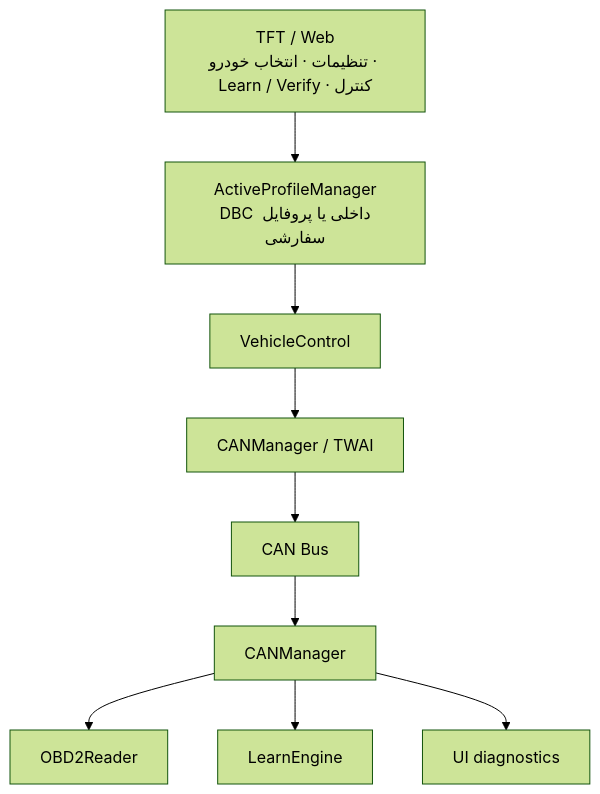
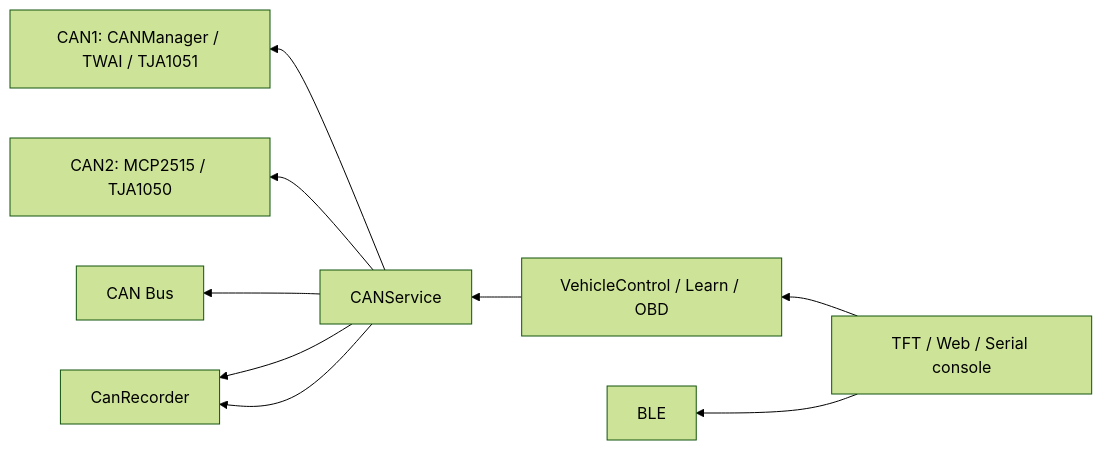
One commit to boss-splus2/CarTouch changed the second of 2 diagrams in README.md. Above: the diagram before and after it, drawn with Mermaid (forest theme). The commit also changed other lines of this file and 2 other files, not shown here.

````diff
--- a/README.md
+++ b/README.md
@@ -405,11 +449,11 @@
 ```mermaid
-flowchart TD
-    UI["TFT / Web<br/>تنظیمات · انتخاب خودرو · Learn / Verify · کنترل"] --> APM["ActiveProfileManager<br/>DBC داخلی یا پروفایل سفارشی"]
-    APM --> VC["VehicleControl"]
-    VC --> CM["CANManager / TWAI"]
-    CM --> BUS["CAN Bus"]
-    BUS --> CM2["CANManager"]
-    CM2 --> OBD["OBD2Reader"]
-    CM2 --> LE["LearnEngine"]
-    CM2 --> DIAG["UI diagnostics"]
+flowchart RL
+    UI["TFT / Web / Serial console"] --> VS["VehicleControl / Learn / OBD"]
+    VS --> CS["CANService"]
+    CS --> C1["CAN1: CANManager / TWAI / TJA1051"]
+    CS --> C2["CAN2: MCP2515 / TJA1050"]
+    CS --> BUS["CAN Bus"]
+    CS --> REC["CanRecorder"]
+    UI --> BLE["BLE"]
+    CS --> REC
 ```
````
